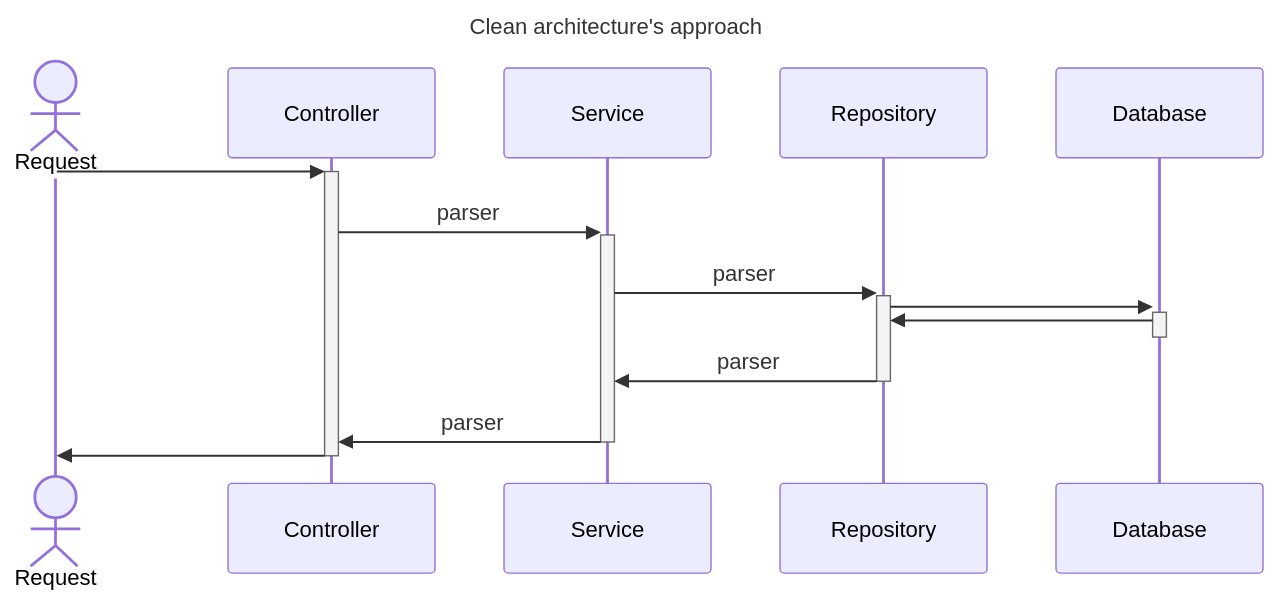
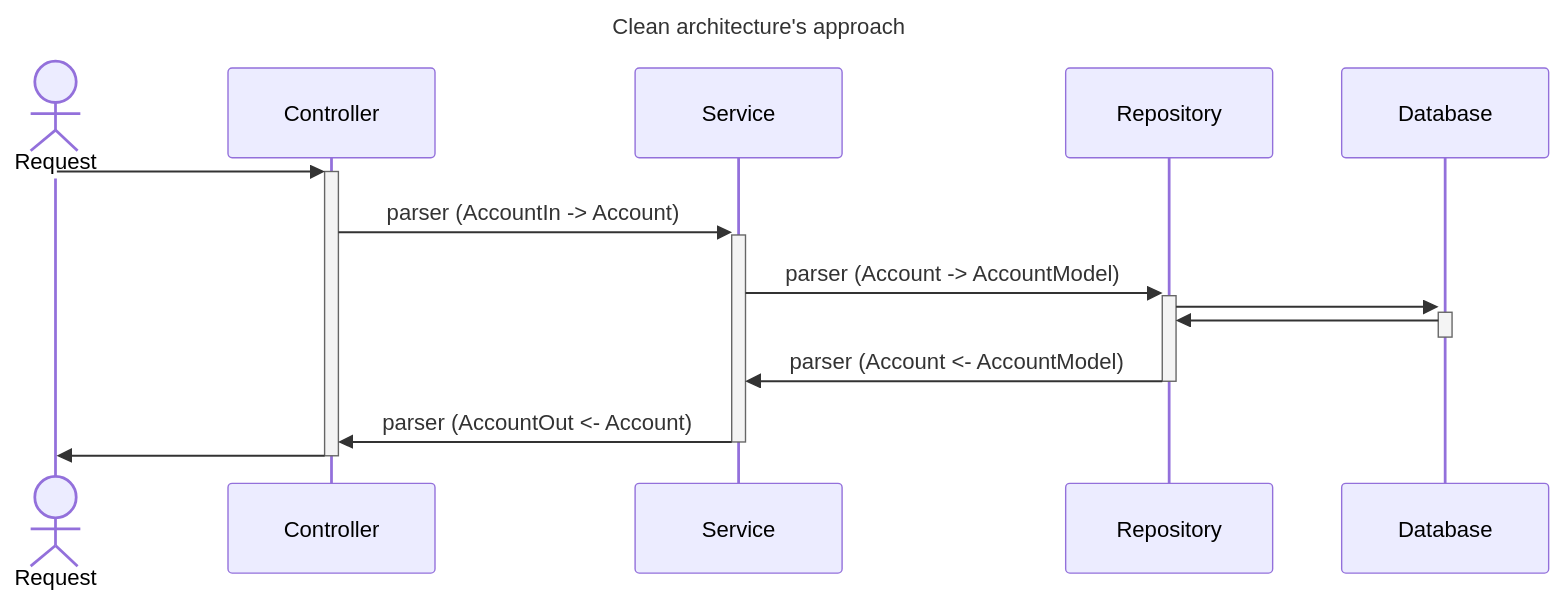
Before and after one commit to laupontiroli/platform_api-serv: the second of 3 diagrams in docs/checkpoints/checkpoint1.md, drawn with Mermaid. The commit also changed other lines of this file and 6 other files, not shown here.

````diff
--- a/docs/checkpoints/checkpoint1.md
+++ b/docs/checkpoints/checkpoint1.md
@@ -80,13 +80,13 @@
 ``` mermaid
 sequenceDiagram
     title Clean architecture's approach    
     Actor Request
     Request ->>+ Controller: 
-    Controller ->>+ Service: parser
-    Service ->>+ Repository: parser
+    Controller ->>+ Service: parser (AccountIn -> Account)
+    Service ->>+ Repository: parser (Account -> AccountModel)
     Repository ->>+ Database: 
     Database ->>- Repository: 
-    Repository ->>- Service: parser
-    Service ->>- Controller: parser
+    Repository ->>- Service: parser (Account <- AccountModel)
+    Service ->>- Controller: parser (AccountOut <- Account)
     Controller ->>- Request: 
 ```
````
